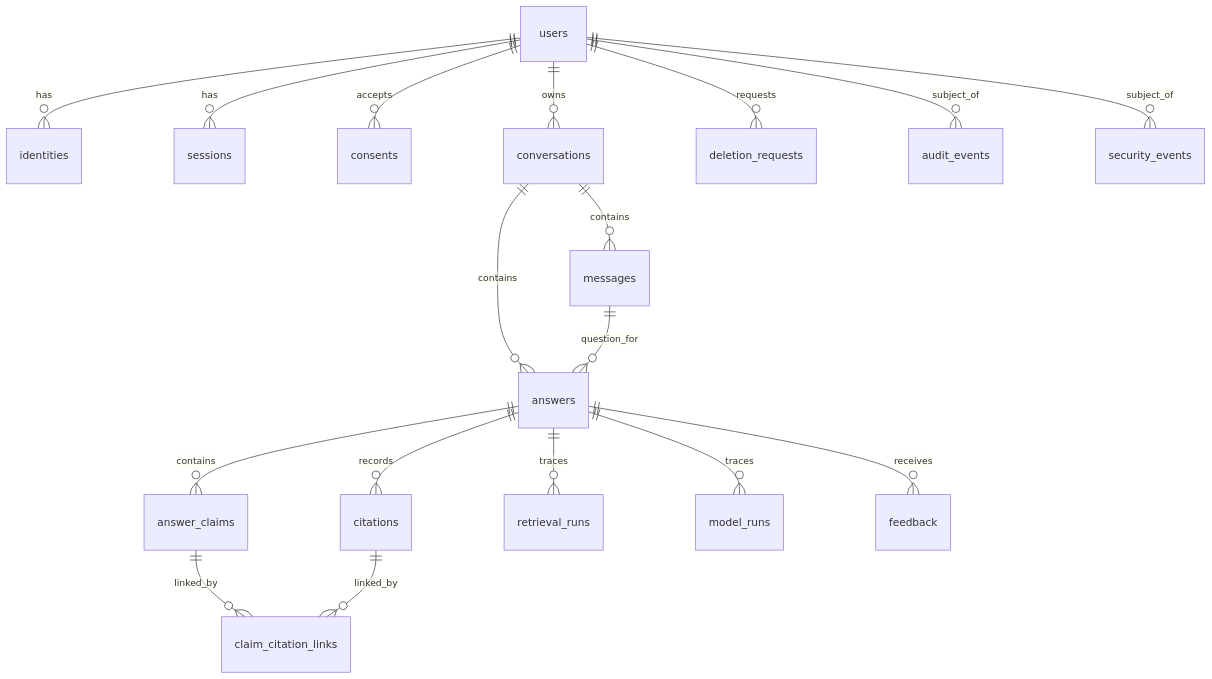
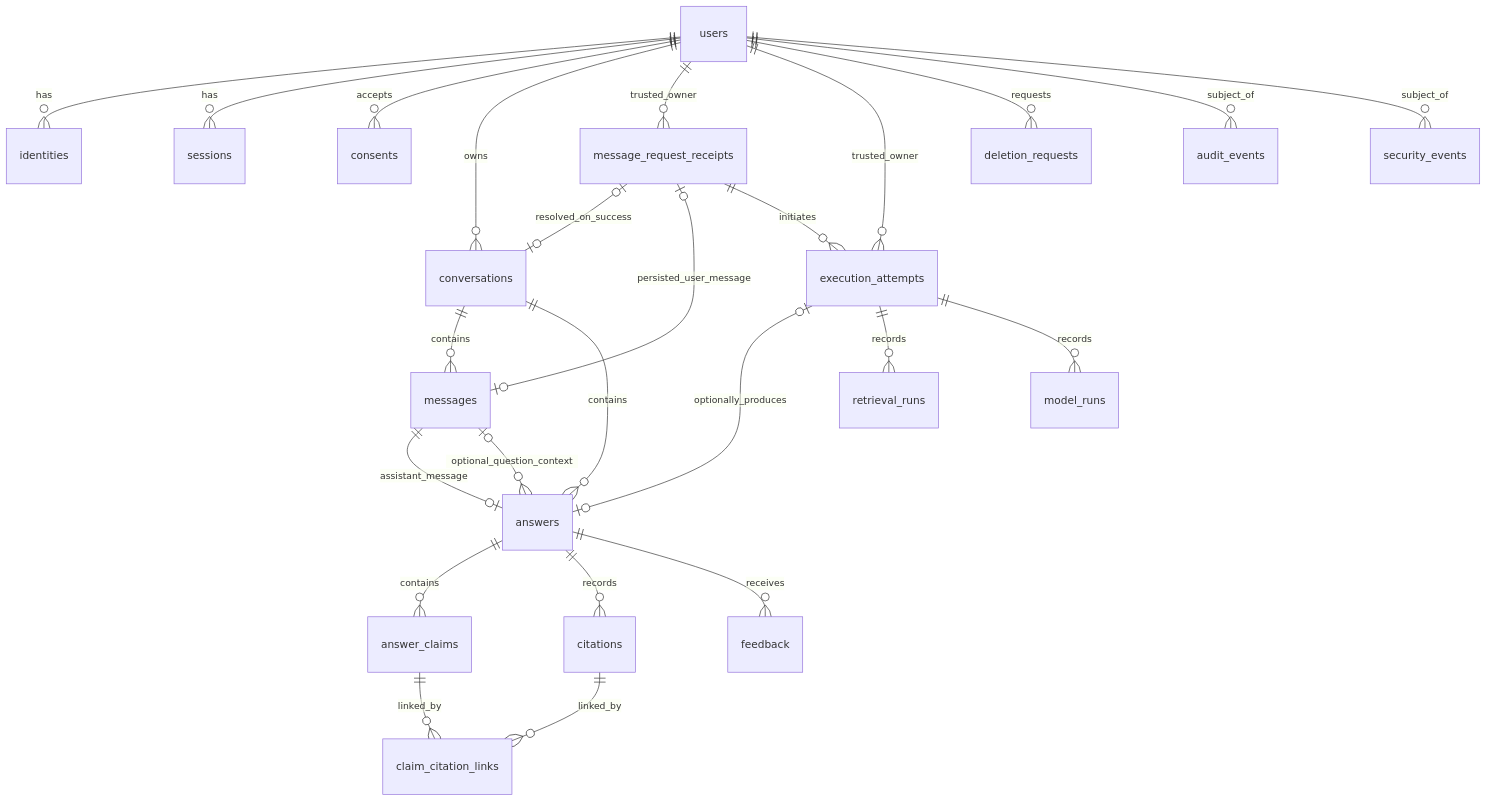
The diagram in coordination/tasks/AGENT-DB-01.md (Shahbazi-Amir/RAG_finance_app), drawn with Mermaid before and after one commit. The commit also changed other lines of this file, not shown here.

Commit message:
docs(db): align provisional ERD and dictionary with product contract v1

````diff
--- a/coordination/tasks/AGENT-DB-01.md
+++ b/coordination/tasks/AGENT-DB-01.md
@@ -166,20 +166,27 @@
 ```mermaid
 erDiagram
     users ||--o{ identities : has
     users ||--o{ sessions : has
     users ||--o{ consents : accepts
     users ||--o{ conversations : owns
+    users ||--o{ message_request_receipts : trusted_owner
+    users ||--o{ execution_attempts : trusted_owner
     conversations ||--o{ messages : contains
     conversations ||--o{ answers : contains
-    messages ||--o{ answers : question_for
+    message_request_receipts |o--o| conversations : resolved_on_success
+    message_request_receipts |o--o| messages : persisted_user_message
+    message_request_receipts ||--o{ execution_attempts : initiates
+    messages ||--o| answers : assistant_message
+    messages |o--o{ answers : optional_question_context
+    execution_attempts |o--o| answers : optionally_produces
+    execution_attempts ||--o{ retrieval_runs : records
+    execution_attempts ||--o{ model_runs : records
     answers ||--o{ answer_claims : contains
     answers ||--o{ citations : records
     answer_claims ||--o{ claim_citation_links : linked_by
     citations ||--o{ claim_citation_links : linked_by
-    answers ||--o{ retrieval_runs : traces
-    answers ||--o{ model_runs : traces
     answers ||--o{ feedback : receives
     users ||--o{ deletion_requests : requests
     users ||--o{ audit_events : subject_of
     users ||--o{ security_events : subject_of
 ```
````
